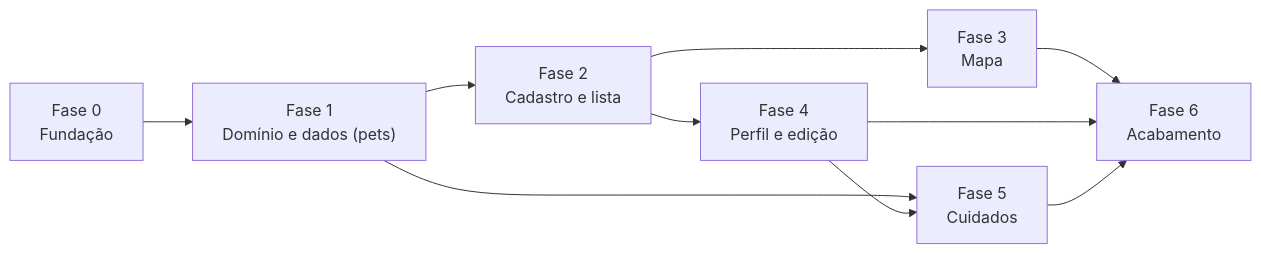
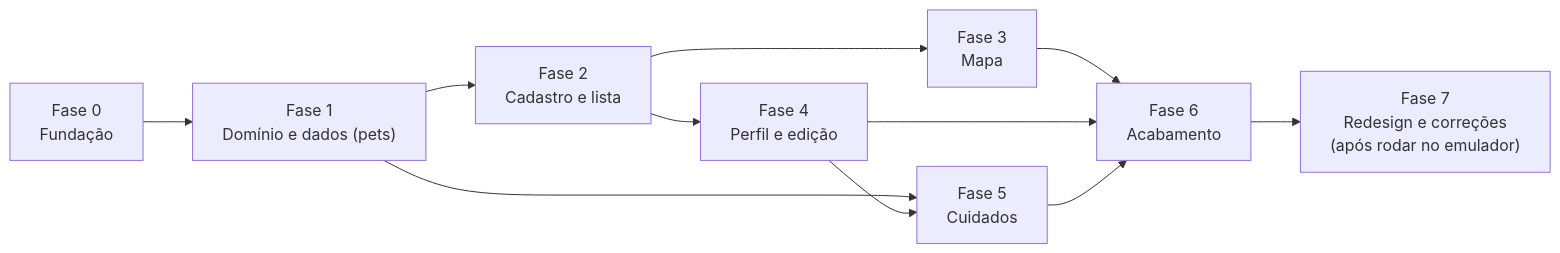
Before and after one commit to marcondessimAO/mapa-do-pet: the diagram in docs/08-plano-de-desenvolvimento.md, drawn with Mermaid. The commit also changed other lines of this file and 9 other files, not shown here.

First line of the commit message:
docs: sincronizar docs e UML com o redesign (Fase 7)

````diff
--- a/docs/08-plano-de-desenvolvimento.md
+++ b/docs/08-plano-de-desenvolvimento.md
@@ -31,12 +32,13 @@
 ```mermaid
 flowchart LR
   F0["Fase 0<br/>Fundação"] --> F1["Fase 1<br/>Domínio e dados (pets)"]
   F1 --> F2["Fase 2<br/>Cadastro e lista"]
   F1 --> F5["Fase 5<br/>Cuidados"]
   F2 --> F3["Fase 3<br/>Mapa"]
   F2 --> F4["Fase 4<br/>Perfil e edição"]
   F4 --> F5
   F3 --> F6["Fase 6<br/>Acabamento"]
   F4 --> F6
   F5 --> F6
+  F6 --> F7["Fase 7<br/>Redesign e correções<br/>(após rodar no emulador)"]
 ```
````
